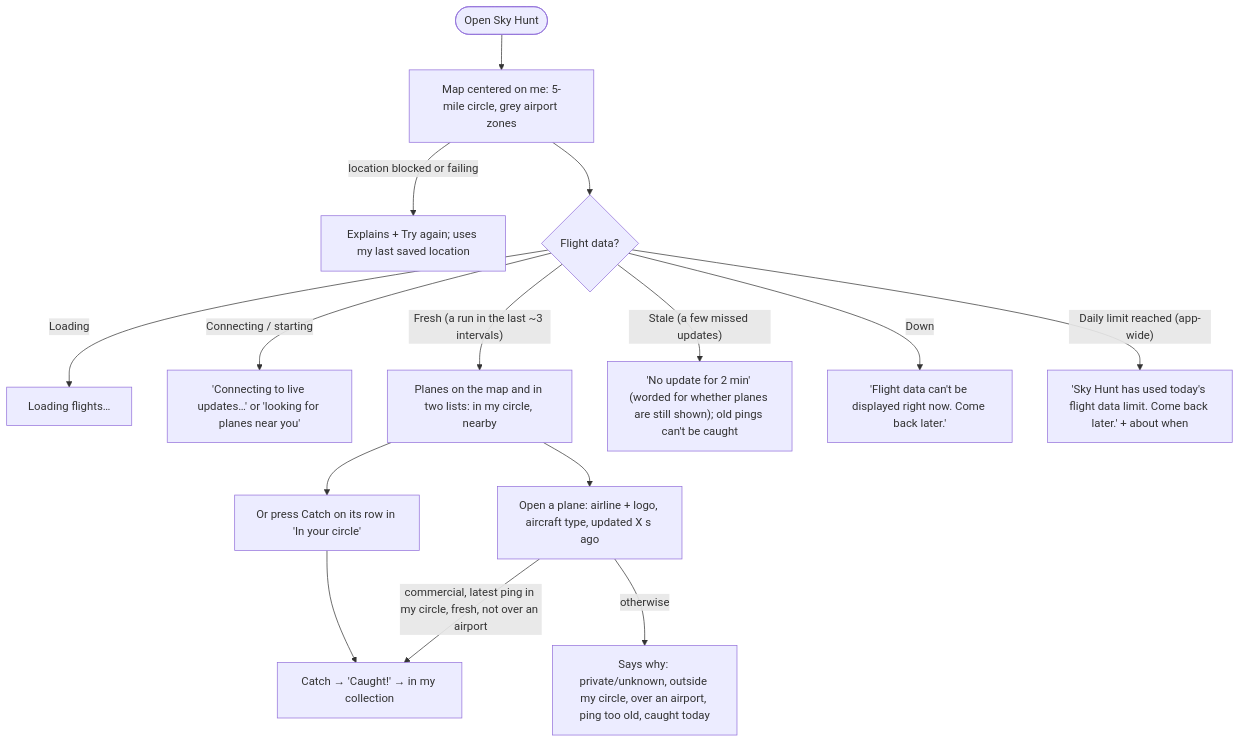
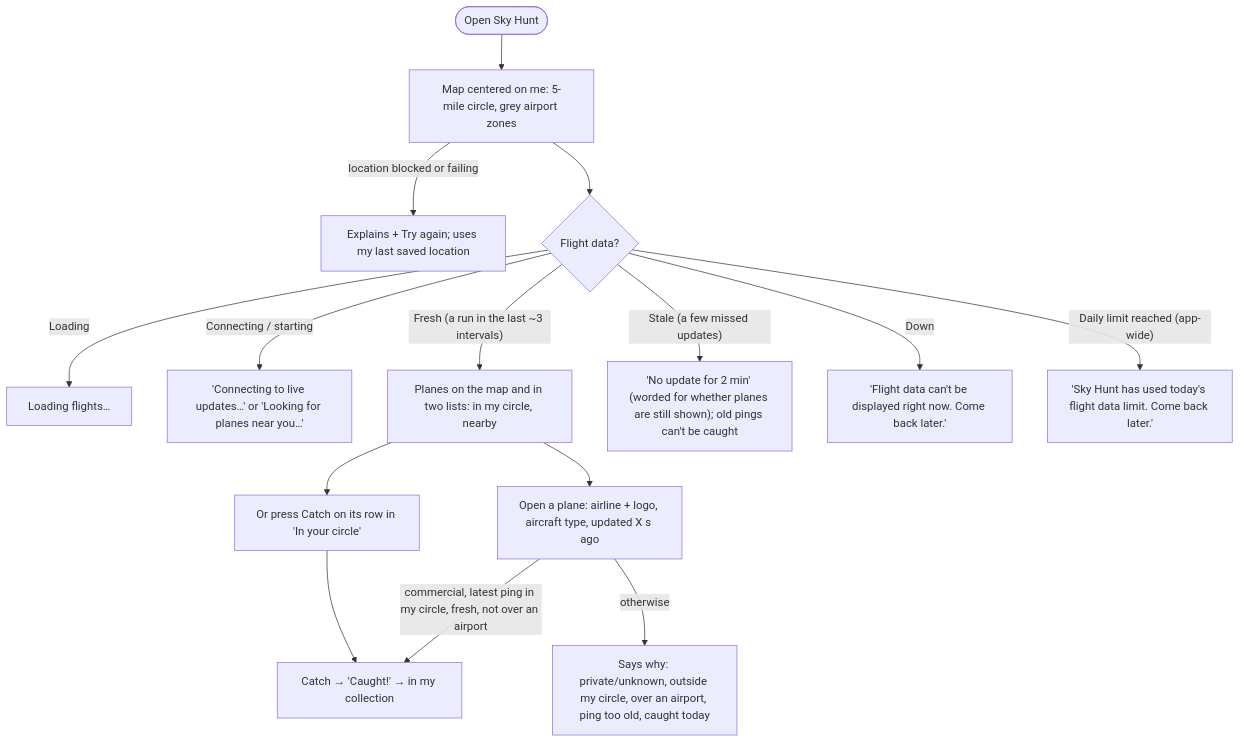
The second of 2 diagrams in flows.md (neilpandya01/hw5-dbs), drawn with Mermaid before and after one commit. The commit also changed other lines of this file and 7 other files, not shown here.

````diff
--- a/flows.md
+++ b/flows.md
@@ -39,17 +39,17 @@
 ```mermaid
 flowchart TD
   A([Open Sky Hunt]) --> R["Map centered on me: 5-mile circle, grey airport zones"]
   R -->|location blocked or failing| P["Explains + Try again; uses my last saved location"]
   R --> F{Flight data?}
   F -- "Loading" --> L["Loading flights…"]
-  F -- "Connecting / starting" --> K["'Connecting to live updates…' or 'looking for planes near you'"]
+  F -- "Connecting / starting" --> K["'Connecting to live updates…' or 'Looking for planes near you…'"]
   F -- "Fresh (a run in the last ~3 intervals)" --> M["Planes on the map and in two lists: in my circle, nearby"]
   F -- "Stale (a few missed updates)" --> S["'No update for 2 min' (worded for whether planes are still shown); old pings can't be caught"]
   F -- "Down" --> D["'Flight data can't be displayed right now. Come back later.'"]
-  F -- "Daily limit reached (app-wide)" --> X["'Sky Hunt has used today's flight data limit. Come back later.' + about when"]
+  F -- "Daily limit reached (app-wide)" --> X["'Sky Hunt has used today's flight data limit. Come back later.'"]
   M --> O["Open a plane: airline + logo, aircraft type, updated X s ago"]
   M --> Q["Or press Catch on its row in 'In your circle'"]
   Q --> C
   O -->|commercial, latest ping in my circle, fresh, not over an airport| C["Catch → 'Caught!' → in my collection"]
   O -->|otherwise| W["Says why: private/unknown, outside my circle, over an airport, ping too old, caught today"]
 ```
````
